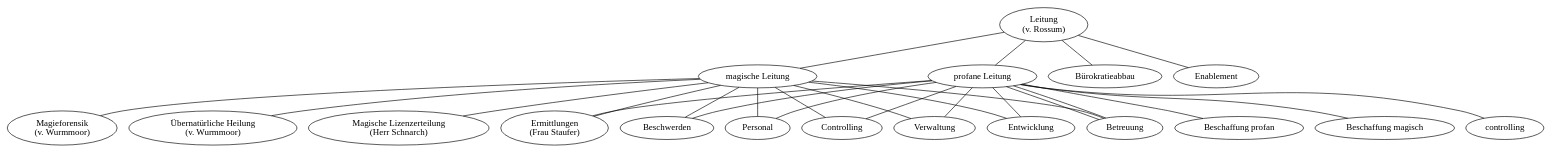
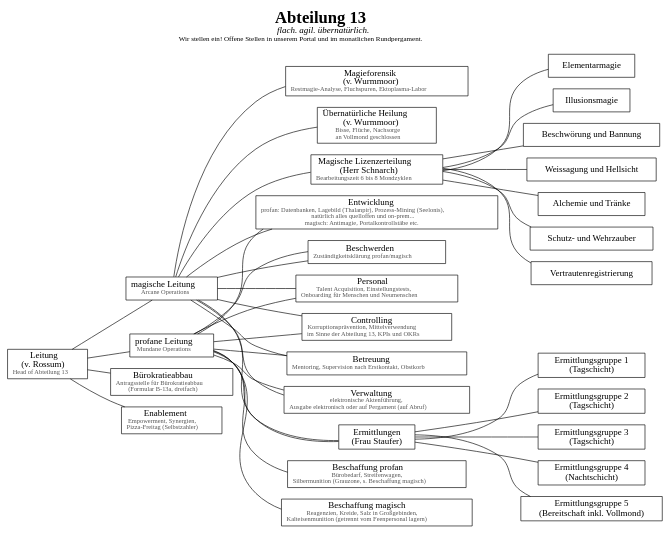
Before and after one commit to wy-bbw/df_docs: the diagram in neue_polizei_organigramm/organigramm.dot, drawn with Graphviz.

Commit message:
update Organigramm Abteilung 13

```diff
--- a/neue_polizei_organigramm/organigramm.dot
+++ b/neue_polizei_organigramm/organigramm.dot
@@ -1,47 +1,80 @@
 graph organigramm {
-    leitung[label = "Leitung\n(v. Rossum)"]
-    leitung_welt[label = "profane Leitung"]
-    leitung_magie[label = "magische Leitung"]
+    rankdir=LR
+    node[shape=box]
+    labelloc=t
+    label=<<FONT POINT-SIZE="26"><B>Abteilung 13</B></FONT><BR/><FONT POINT-SIZE="14"><I>flach. agil. übernatürlich.</I></FONT><BR/><FONT POINT-SIZE="11">Wir stellen ein! Offene Stellen in unserem Portal und im monatlichen Rundpergament.</FONT><BR/> >
+
+    leitung[label = <Leitung<BR/>(v. Rossum)<BR/><FONT POINT-SIZE="10" COLOR="#555555">Head of Abteilung 13</FONT>>]
+    leitung_welt[label = <profane Leitung<BR/><FONT POINT-SIZE="10" COLOR="#555555">Mundane Operations</FONT>>]
+    leitung_magie[label = <magische Leitung<BR/><FONT POINT-SIZE="10" COLOR="#555555">Arcane Operations</FONT>>]
     ermittlungen[label = "Ermittlungen\n(Frau Staufer)"]
-    magieforensik[label = "Magieforensik\n(v. Wurmmoor)"]
-    heilung[label = "Übernatürliche Heilung\n(v. Wurmmoor)"]
-    lizenz[label = "Magische Lizenzerteilung\n(Herr Schnarch)"]
-    beschaffung_profan[label = "Beschaffung profan"]
-    beschaffung_magisch[label = "Beschaffung magisch"]
-    beschwerden[label = "Beschwerden"]
-    personal[label = "Personal"]
-    buerokra[label = "Bürokratieabbau"]
-    controll[label = "Controlling"]
-    betruung[label = "Betreuung"]
-    enablemt[label = "Enablement"]
-    administ[label = "Verwaltung"]
-    entwickl[label = "Entwicklung"]
+    magieforensik[label = <Magieforensik<BR/>(v. Wurmmoor)<BR/><FONT POINT-SIZE="10" COLOR="#555555">Restmagie-Analyse, Fluchspuren, Ektoplasma-Labor</FONT>>]
+    heilung[label = <Übernatürliche Heilung<BR/>(v. Wurmmoor)<BR/><FONT POINT-SIZE="10" COLOR="#555555">Bisse, Flüche, Nachsorge<BR/>an Vollmond geschlossen</FONT>>]
+    lizenz[label = <Magische Lizenzerteilung<BR/>(Herr Schnarch)<BR/><FONT POINT-SIZE="10" COLOR="#555555">Bearbeitungszeit 6 bis 8 Mondzyklen</FONT>>]
+    beschaffung_profan[label = <Beschaffung profan<BR/><FONT POINT-SIZE="10" COLOR="#555555">Bürobedarf, Streifenwagen,<BR/>Silbermunition (Grauzone, s. Beschaffung magisch)</FONT>>]
+    beschaffung_magisch[label = <Beschaffung magisch<BR/><FONT POINT-SIZE="10" COLOR="#555555">Reagenzien, Kreide, Salz in Großgebinden,<BR/>Kalteisenmunition (getrennt vom Feenpersonal lagern)</FONT>>]
+    beschwerden[label = <Beschwerden<BR/><FONT POINT-SIZE="10" COLOR="#555555">Zuständigkeitsklärung profan/magisch</FONT>>]
+    personal[label = <Personal<BR/><FONT POINT-SIZE="10" COLOR="#555555">Talent Acquisition, Einstellungstests,<BR/>Onboarding für Menschen und Neumenschen</FONT>>]
+    buerokra[label = <Bürokratieabbau<BR/><FONT POINT-SIZE="10" COLOR="#555555">Antragsstelle für Bürokratieabbau<BR/>(Formular B-13a, dreifach)</FONT>>]
+    controll[label = <Controlling<BR/><FONT POINT-SIZE="10" COLOR="#555555">Korruptionsprävention, Mittelverwendung<BR/>im Sinne der Abteilung 13, KPIs und OKRs</FONT>>]
+    betruung[label = <Betreuung<BR/><FONT POINT-SIZE="10" COLOR="#555555">Mentoring, Supervision nach Erstkontakt, Obstkorb</FONT>>]
+    enablemt[label = <Enablement<BR/><FONT POINT-SIZE="10" COLOR="#555555">Empowerment, Synergien,<BR/>Pizza-Freitag (Selbstzahler)</FONT>>]
+    administ[label = <Verwaltung<BR/><FONT POINT-SIZE="10" COLOR="#555555">elektronische Aktenführung,<BR/>Ausgabe elektronisch oder auf Pergament (auf Abruf)</FONT>>]
+    entwickl[label = <Entwicklung<BR/><FONT POINT-SIZE="10" COLOR="#555555">profan: Datenbanken, Lagebild (Thalanpir), Prozess-Mining (Seelonis),<BR/>natürlich alles quelloffen und on-prem...<BR/>magisch: Antimagie, Portalkontrollstäbe etc.</FONT>>]
+
+    eg1[label = "Ermittlungsgruppe 1\n(Tagschicht)"]
+    eg2[label = "Ermittlungsgruppe 2\n(Tagschicht)"]
+    eg3[label = "Ermittlungsgruppe 3\n(Tagschicht)"]
+    eg4[label = "Ermittlungsgruppe 4\n(Nachtschicht)"]
+    eg5[label = "Ermittlungsgruppe 5\n(Bereitschaft inkl. Vollmond)"]
+
+    lizenz_elementar[label = "Elementarmagie"]
+    lizenz_illusion[label = "Illusionsmagie"]
+    lizenz_beschwoer[label = "Beschwörung und Bannung"]
+    lizenz_weissag[label = "Weissagung und Hellsicht"]
+    lizenz_alchemie[label = "Alchemie und Tränke"]
+    lizenz_schutz[label = "Schutz- und Wehrzauber"]
+    lizenz_vertraut[label = "Vertrautenregistrierung"]
 
 
     leitung -- leitung_welt
     leitung -- leitung_magie
     leitung -- buerokra
     leitung -- enablemt
     leitung_magie -- magieforensik
     leitung_magie -- heilung
     leitung_magie --  ermittlungen
     leitung_magie -- lizenz
     leitung_magie -- beschwerden
     leitung_magie -- personal
     leitung_magie -- controll
     leitung_magie -- betruung
     leitung_magie -- entwickl
     leitung_magie -- administ
-    leitung_welt -- beschaffung_magisch
     leitung_welt -- ermittlungen
-    leitung_welt -- beschaffung_profan
     leitung_welt -- beschwerden
-    leitung_welt -- controlling
-    leitung_welt -- betruung
     leitung_welt -- personal
     leitung_welt -- controll
     leitung_welt -- betruung
     leitung_welt -- entwickl
     leitung_welt -- administ
-    
+    leitung_welt -- beschaffung_profan
+    leitung_welt -- beschaffung_magisch
+
+    ermittlungen -- eg1
+    ermittlungen -- eg2
+    ermittlungen -- eg3
+    ermittlungen -- eg4
+    ermittlungen -- eg5
+
+    lizenz -- lizenz_elementar
+    lizenz -- lizenz_illusion
+    lizenz -- lizenz_beschwoer
+    lizenz -- lizenz_weissag
+    lizenz -- lizenz_alchemie
+    lizenz -- lizenz_schutz
+    lizenz -- lizenz_vertraut
+
+    {rank=same; eg1 -- eg2 -- eg3 -- eg4 -- eg5 [style=invis]}
+    {rank=same; lizenz_elementar -- lizenz_illusion -- lizenz_beschwoer -- lizenz_weissag -- lizenz_alchemie -- lizenz_schutz -- lizenz_vertraut [style=invis]}
 }
```
